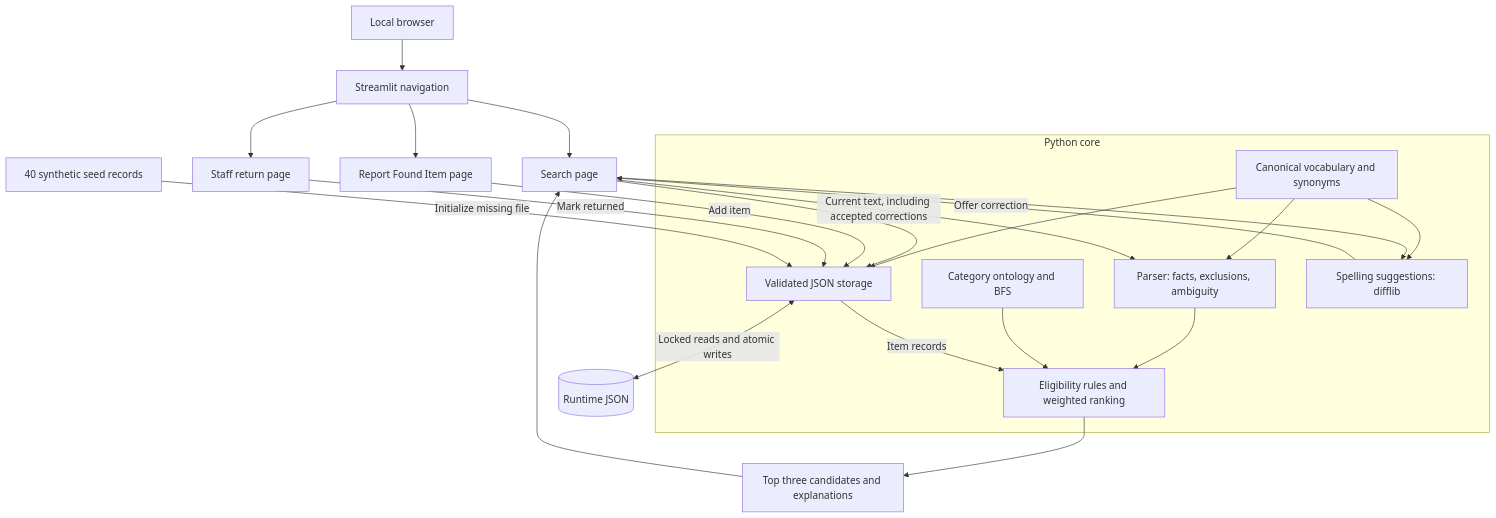
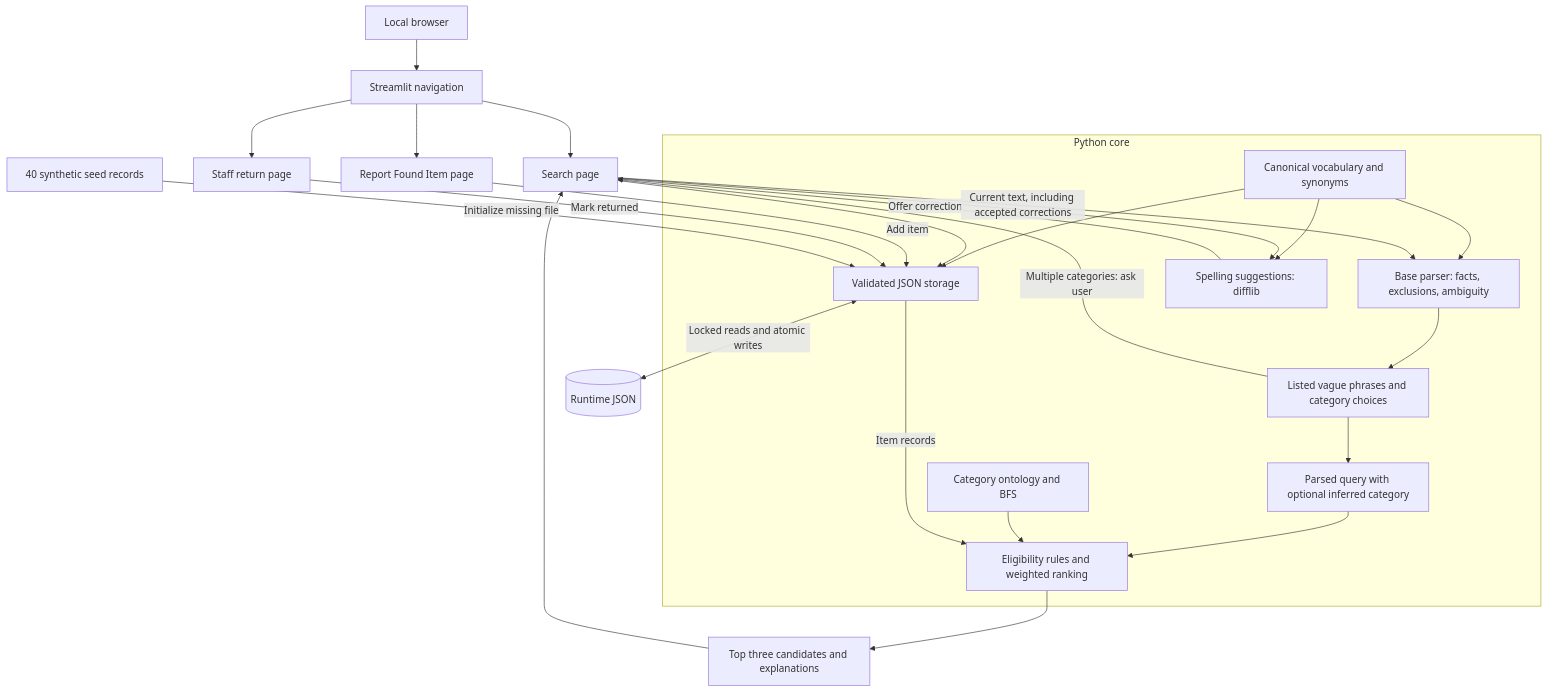
The first of 2 diagrams in README.md (ananyajoshi-cseai/lost-and-found-smart-box), drawn with Mermaid before and after one commit. The commit also changed other lines of this file, not shown here.

Commit message:
Document Hinglish and vague matching with current validation limits

````diff
--- a/README.md
+++ b/README.md
@@ -133,31 +136,36 @@
 ```mermaid
 flowchart TD
     Browser["Local browser"] --> UI["Streamlit navigation"]
     UI --> Search["Search page"]
     UI --> Report["Report Found Item page"]
     UI --> Staff["Staff return page"]
     subgraph Core["Python core"]
-        Parser["Parser: facts, exclusions, ambiguity"]
+        Parser["Base parser: facts, exclusions, ambiguity"]
+        Vague["Listed vague phrases and category choices"]
+        Query["Parsed query with optional inferred category"]
         Vocab["Canonical vocabulary and synonyms"]
         Ranker["Eligibility rules and weighted ranking"]
         BFS["Category ontology and BFS"]
         Store["Validated JSON storage"]
         Suggestions["Spelling suggestions: difflib"]
         Vocab --> Suggestions
         Vocab --> Parser
         Vocab --> Store
-        Parser --> Ranker
+        Parser --> Vague
+        Vague --> Query
+        Query --> Ranker
         BFS --> Ranker
     end
     Search --> Suggestions
     Suggestions -->|"Offer correction"| Search
     Search -->|"Current text, including accepted corrections"| Parser
+    Vague -->|"Multiple categories: ask user"| Search
     Search --> Store
     Store -->|"Item records"| Ranker
     Ranker --> Results["Top three candidates and explanations"]
     Results --> Search
     Report -->|"Add item"| Store
     Staff -->|"Mark returned"| Store
     Seed["40 synthetic seed records"] -->|"Initialize missing file"| Store
     Store <-->|"Locked reads and atomic writes"| JSON[("Runtime JSON")]
 ```
````
